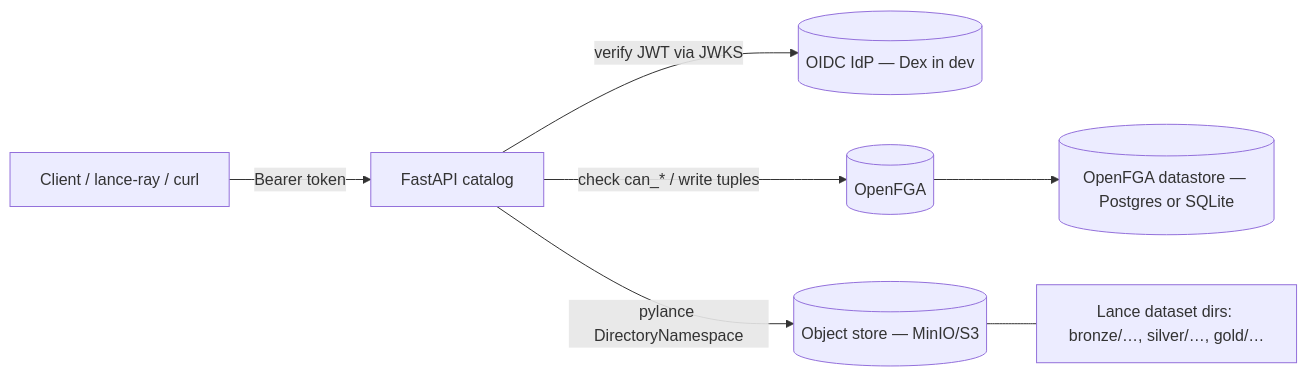
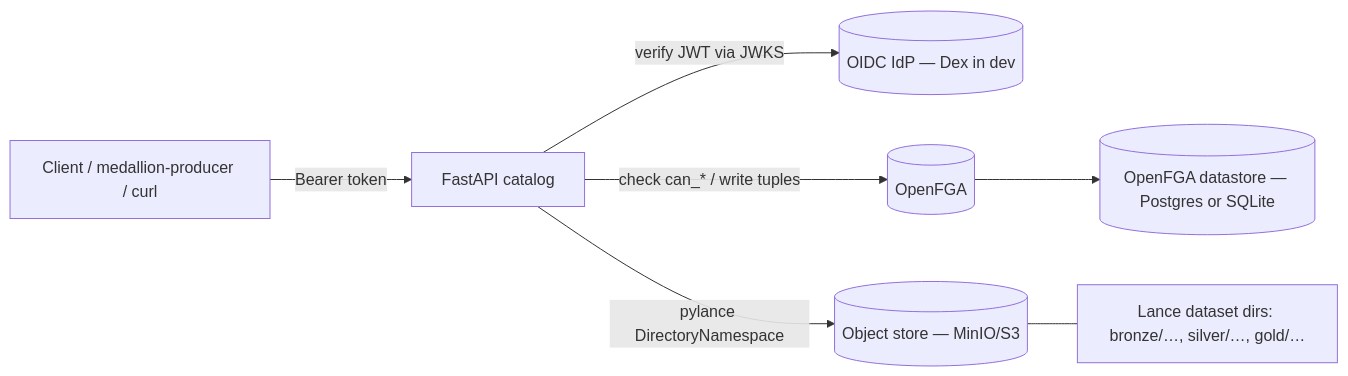
One commit to AI-Riksarkivet/rask changed the first of 2 diagrams in docs/ARCHITECTURE.md. Above: the diagram before and after it, drawn with Mermaid. The commit also changed other lines of this file and 77 other files, not shown here.

First line of the commit message:
refactor(dapr): §6.6 — rename app-id lance-ray -> medallion-producer

````diff
--- a/docs/ARCHITECTURE.md
+++ b/docs/ARCHITECTURE.md
@@ -98,9 +98,9 @@
 ```mermaid
 flowchart LR
-  C[Client / lance-ray / curl] -->|Bearer token| API[FastAPI catalog]
+  C[Client / medallion-producer / curl] -->|Bearer token| API[FastAPI catalog]
   API -->|verify JWT via JWKS| DEX[(OIDC IdP — Dex in dev)]
   API -->|check can_* / write tuples| FGA[(OpenFGA)]
   FGA --> PG[(OpenFGA datastore — Postgres or SQLite)]
   API -->|pylance DirectoryNamespace| OS[(Object store — MinIO/S3)]
   OS --- L[Lance dataset dirs: bronze/…, silver/…, gold/…]
 ```
````
